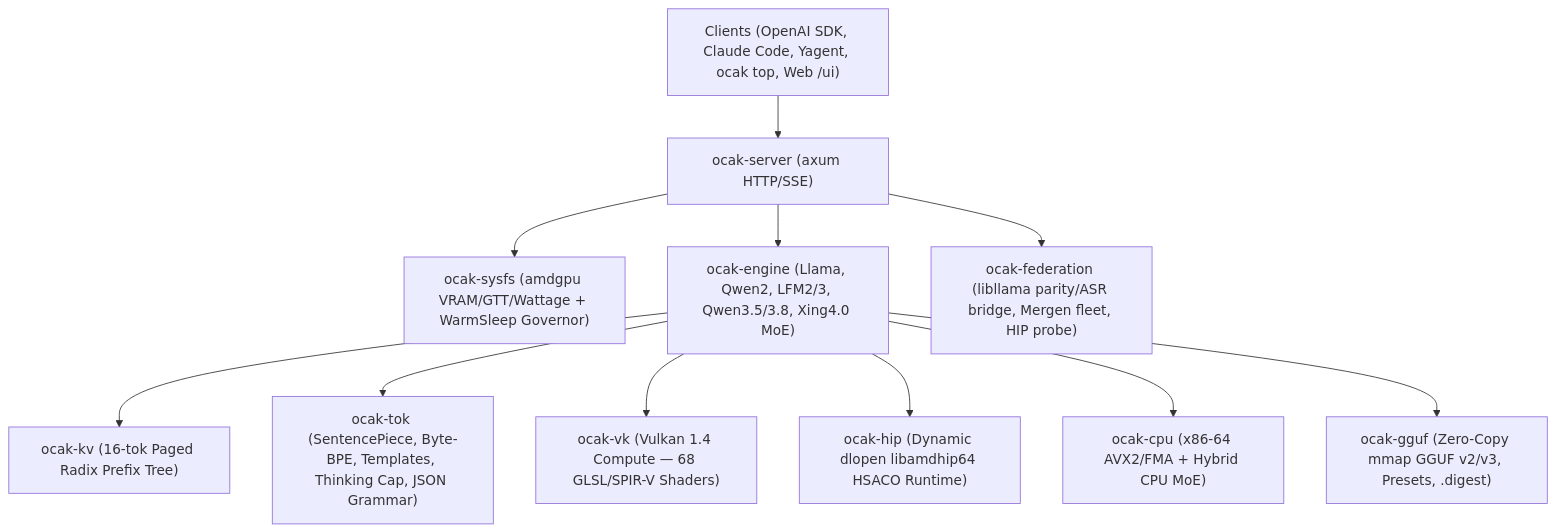
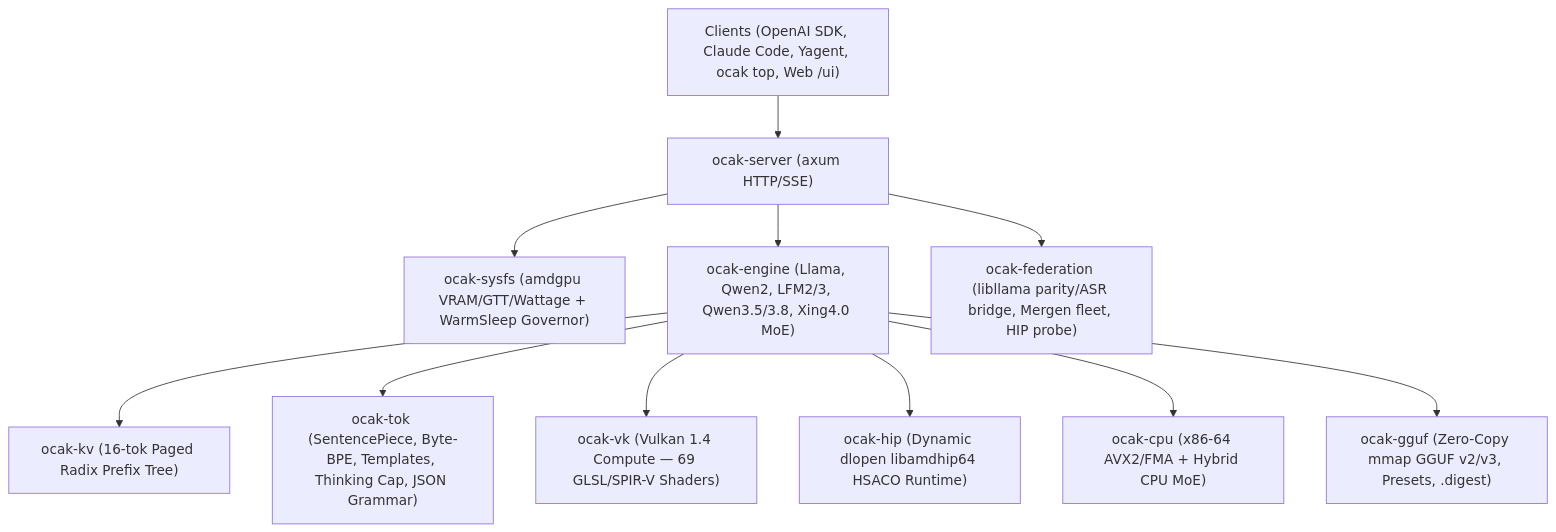
The diagram in README.md (Mechres/ocak), drawn with Mermaid before and after one commit. The commit also changed other lines of this file and 6 other files, not shown here.

````diff
--- a/README.md
+++ b/README.md
@@ -34,13 +34,13 @@
 ```mermaid
 flowchart TD
     Clients["Clients (OpenAI SDK, Claude Code, Yagent, ocak top, Web /ui)"] --> Server["ocak-server (axum HTTP/SSE)"]
     Server --> Gov["ocak-sysfs (amdgpu VRAM/GTT/Wattage + WarmSleep Governor)"]
     Server --> Engine["ocak-engine (Llama, Qwen2, LFM2/3, Qwen3.5/3.8, Xing4.0 MoE)"]
     Server --> Fed["ocak-federation (libllama parity/ASR bridge, Mergen fleet, HIP probe)"]
     Engine --> KV["ocak-kv (16-tok Paged Radix Prefix Tree)"]
     Engine --> Tok["ocak-tok (SentencePiece, Byte-BPE, Templates, Thinking Cap, JSON Grammar)"]
-    Engine --> VK["ocak-vk (Vulkan 1.4 Compute — 68 GLSL/SPIR-V Shaders)"]
+    Engine --> VK["ocak-vk (Vulkan 1.4 Compute — 69 GLSL/SPIR-V Shaders)"]
     Engine --> HIP["ocak-hip (Dynamic dlopen libamdhip64 HSACO Runtime)"]
     Engine --> CPU["ocak-cpu (x86-64 AVX2/FMA + Hybrid CPU MoE)"]
     Engine --> GGUF["ocak-gguf (Zero-Copy mmap GGUF v2/v3, Presets, .digest)"]
 ```
````
